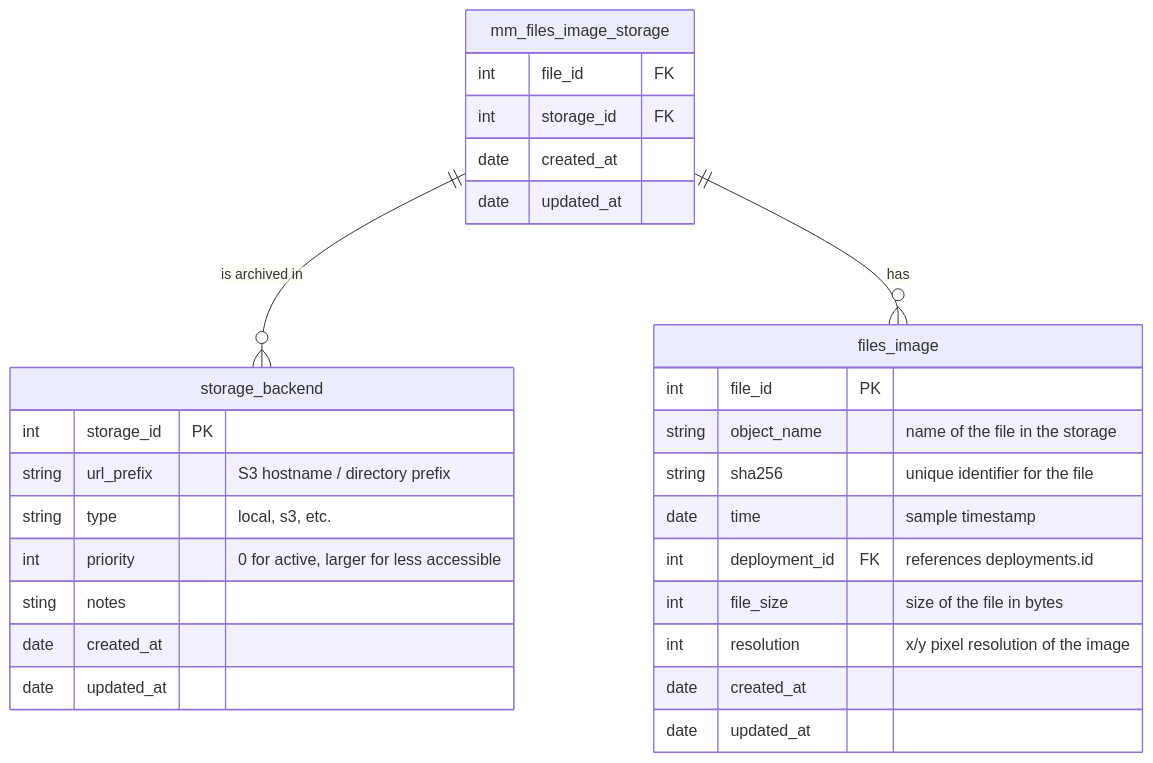
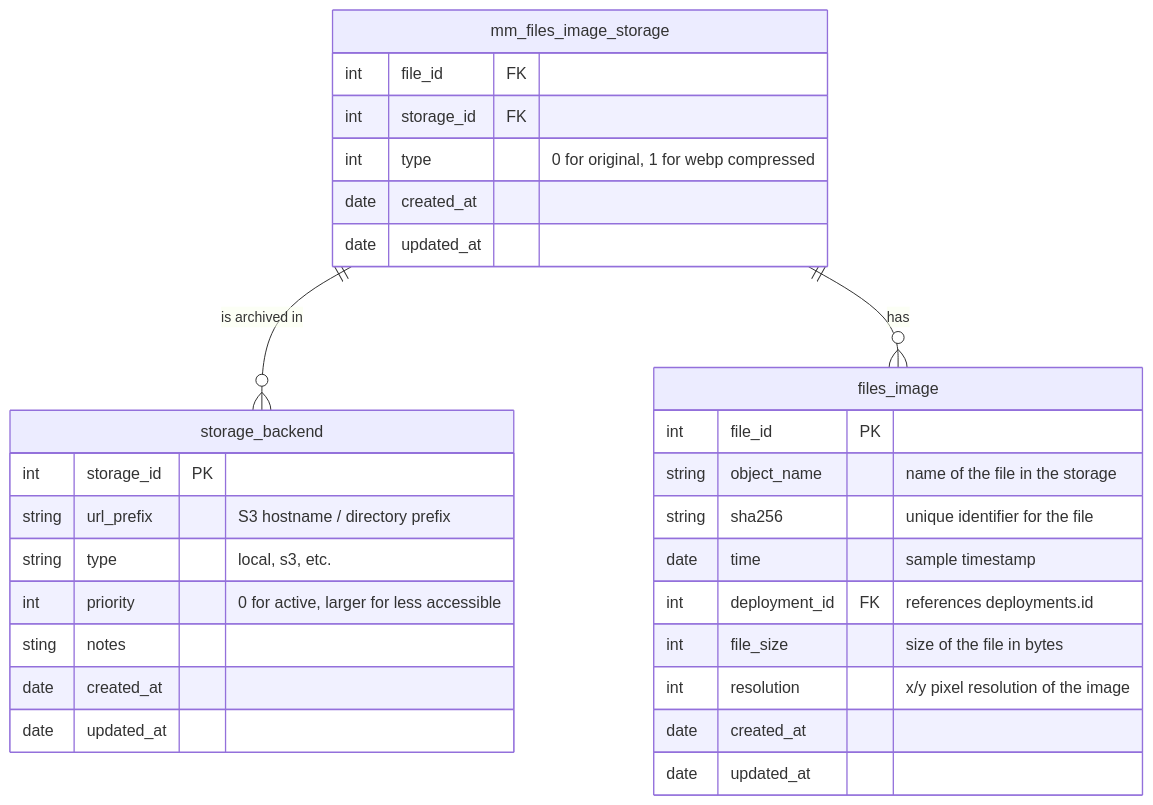
One commit to mitwelten/mitwelten-db-backend changed the diagram in storage/README.md. Above: the diagram before and after it, drawn with Mermaid. The commit also changed other lines of this file and 3 other files, not shown here.

Commit message:
Add file type and schema documentation

````diff
--- a/storage/README.md
+++ b/storage/README.md
@@ -89,34 +89,35 @@
 ```mermaid
 erDiagram
     files_image {
         int file_id PK
         string object_name "name of the file in the storage"
         string sha256 "unique identifier for the file"
         date time "sample timestamp"
         int deployment_id FK "references deployments.id"
         int file_size "size of the file in bytes"
         int resolution "x/y pixel resolution of the image"
         date created_at
         date updated_at
     }
 
     mm_files_image_storage {
         int file_id FK
         int storage_id FK
+        int type "0 for original, 1 for webp compressed"
         date created_at
         date updated_at
     }
 
     storage_backend {
         int storage_id PK
         string url_prefix "S3 hostname / directory prefix"
         string type "local, s3, etc."
         int priority "0 for active, larger for less accessible"
         sting notes
         date created_at
         date updated_at
     }
 
     mm_files_image_storage ||--o{ storage_backend : "is archived in"
     mm_files_image_storage ||--o{ files_image : "has"
 ```
````
